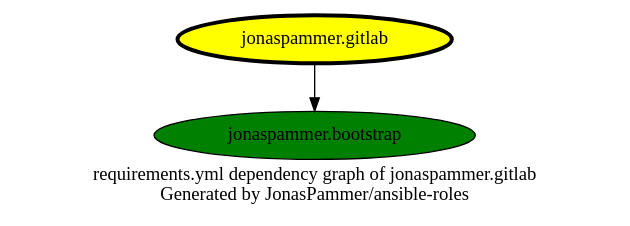
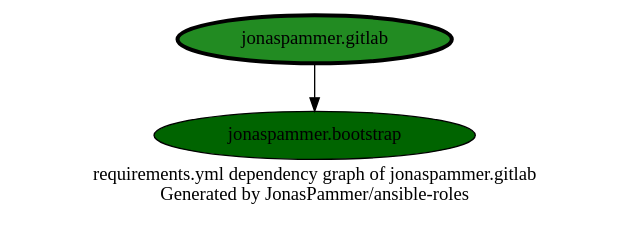
One commit to JonasPammer/ansible-roles changed the diagram in graphs/dependencies_gitlab.dot. Above: the diagram before and after it, drawn with Graphviz. The commit also changed 33 other files, not shown here.

```diff
--- a/graphs/dependencies_gitlab.dot
+++ b/graphs/dependencies_gitlab.dot
@@ -1,13 +1,13 @@
 // This file is generated from `templates/dependencies_single.adoc.jinja2` by Github CI, all local changes will be lost eventually.
 digraph hierarchy {
   label = "requirements.yml dependency graph of jonaspammer.gitlab \n Generated by JonasPammer/ansible-roles" ;
   overlap=false
 
   {
-    "jonaspammer.gitlab" [fillcolor=yellow style=filled penwidth=3]
-    "jonaspammer.bootstrap" [fillcolor=green style=filled ]
+    "jonaspammer.gitlab" [fillcolor=forestgreen style=filled penwidth=3]
+    "jonaspammer.bootstrap" [fillcolor=darkgreen style=filled ]
   }
 
 
   "jonaspammer.gitlab" -> {"jonaspammer.bootstrap"}
 }
```
